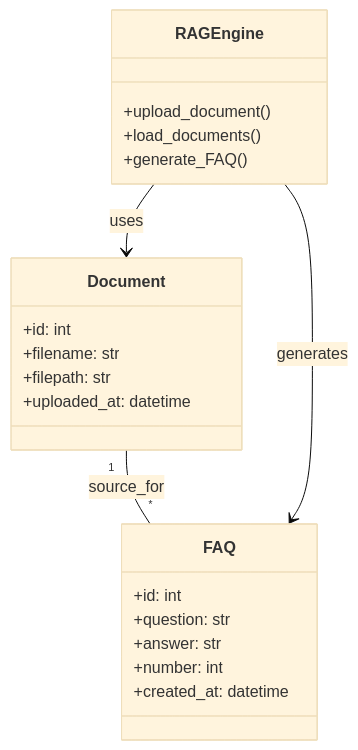
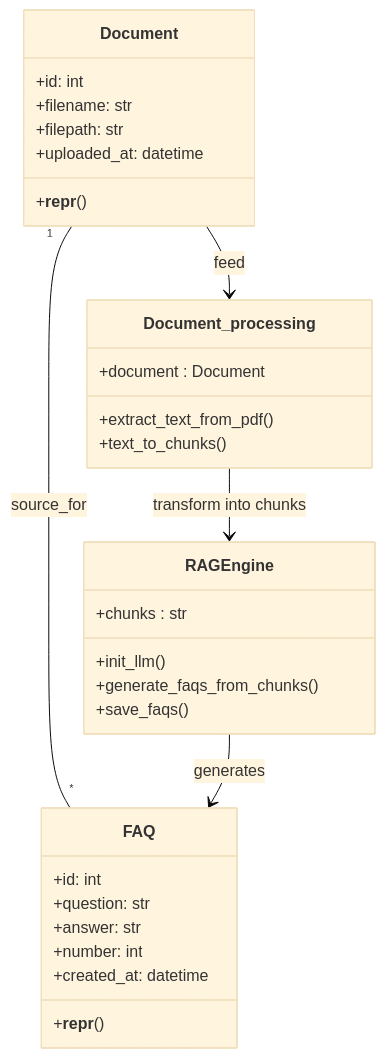
Before and after one commit to CLSGDRT/FAQIA: the diagram in .instructions/diagrammclass.mmd, drawn with Mermaid (base theme). The commit also changed 20 other files, not shown here.

```diff
--- a/.instructions/diagrammclass.mmd
+++ b/.instructions/diagrammclass.mmd
@@ -1,35 +1,35 @@
 classDiagram
-    %% class User {
-    %%     +id: int
-    %%     +username: str
-    %%     +email: str
-    %%     +password_hash: str
-    %%     +is_admin: bool
-    %% }
-
     class FAQ {
         +id: int
         +question: str
         +answer: str
         +number: int
         +created_at: datetime
+        +__repr__()
+    }
+
+    class Document_processing {
+        +document : Document
+        +extract_text_from_pdf()
+        +text_to_chunks()
     }
 
     class Document {
         +id: int
         +filename: str
         +filepath: str
         +uploaded_at: datetime
+        +__repr__()
     }
 
     class RAGEngine {
-        +upload_document()
-        +load_documents()
-        +generate_FAQ()
+        +chunks : str
+        +init_llm()
+        +generate_faqs_from_chunks()
+        +save_faqs()
     }
 
-    %% FAQ "*" -- "1" User : created_by
+    Document --> Document_processing : feed
     Document "1" -- "*" FAQ : source_for
-    %% User "1" -- "*" VisitLog : visits
-    RAGEngine --> Document : uses
+    Document_processing --> RAGEngine : transform into chunks
     RAGEngine --> FAQ : generates
```
